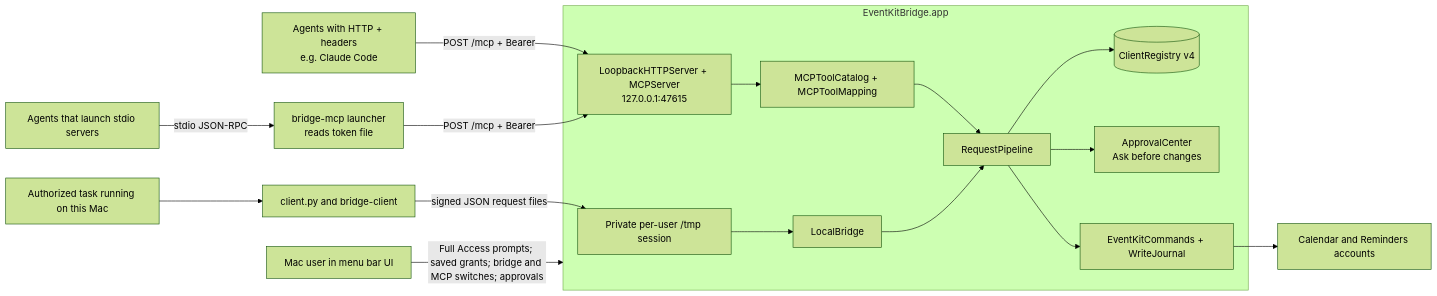
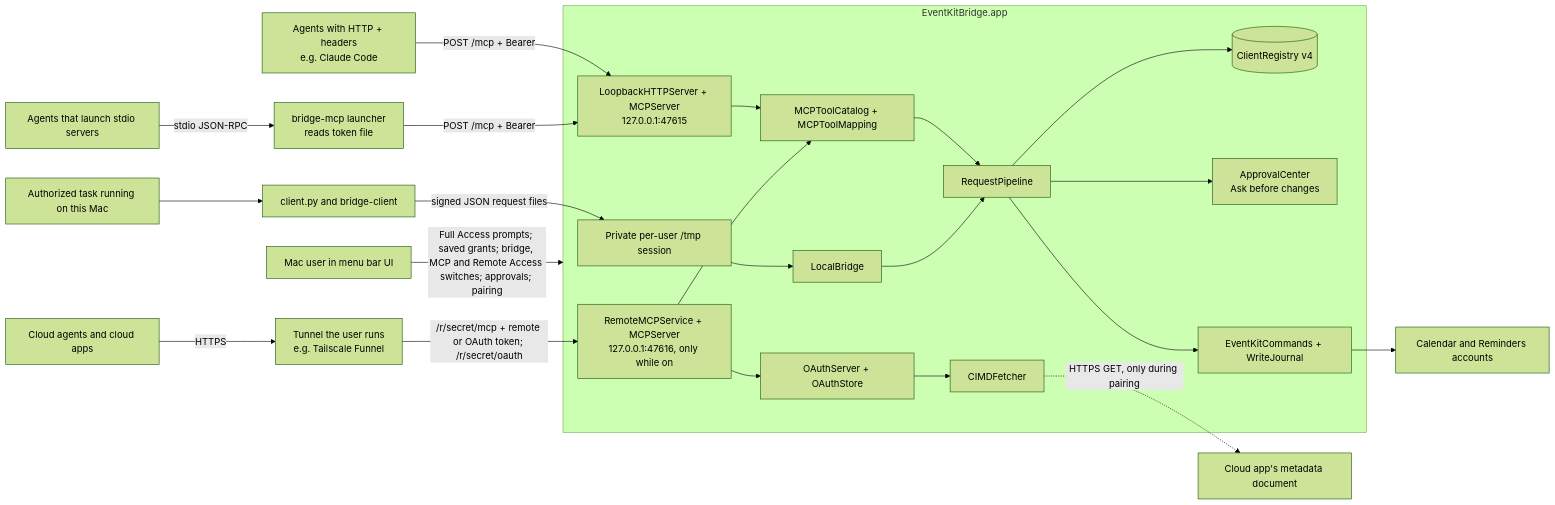
The diagram in docs/ARCHITECTURE.md (bereciartua/ek-bridge), drawn with Mermaid (forest theme) before and after one commit. The commit also changed other lines of this file and 65 other files, not shown here.

````diff
--- a/docs/ARCHITECTURE.md
+++ b/docs/ARCHITECTURE.md
@@ -5,19 +5,25 @@
 ```mermaid
 flowchart LR
-    U[Mac user in menu bar UI] -->|Full Access prompts; saved grants; bridge and MCP switches; approvals| A
+    U[Mac user in menu bar UI] -->|Full Access prompts; saved grants; bridge, MCP and Remote Access switches; approvals; pairing| A
     T[Authorized task running on this Mac] --> C[client.py and bridge-client]
     C -->|signed JSON request files| F[Private per-user /tmp session]
     G1[Agents that launch stdio servers] -->|stdio JSON-RPC| L[bridge-mcp launcher<br/>reads token file]
     G2[Agents with HTTP + headers<br/>e.g. Claude Code] -->|POST /mcp + Bearer| S
     L -->|POST /mcp + Bearer| S
+    CA[Cloud agents and cloud apps] -->|HTTPS| TU[Tunnel the user runs<br/>e.g. Tailscale Funnel]
+    TU -->|/r/secret/mcp + remote or OAuth token; /r/secret/oauth| RS
     subgraph A[EventKitBridge.app]
       S[LoopbackHTTPServer + MCPServer<br/>127.0.0.1:47615] --> M[MCPToolCatalog + MCPToolMapping]
+      RS[RemoteMCPService + MCPServer<br/>127.0.0.1:47616, only while on] --> M
+      RS --> OA[OAuthServer + OAuthStore]
+      OA --> CF[CIMDFetcher]
       F --> LB[LocalBridge]
       M --> P[RequestPipeline]
       LB --> P
       P --> R[(ClientRegistry v4)]
       P --> AP[ApprovalCenter<br/>Ask before changes]
       P --> E[EventKitCommands + WriteJournal]
     end
     E --> K[Calendar and Reminders accounts]
+    CF -.->|HTTPS GET, only during pairing| W[Cloud app's metadata document]
 ```
````
